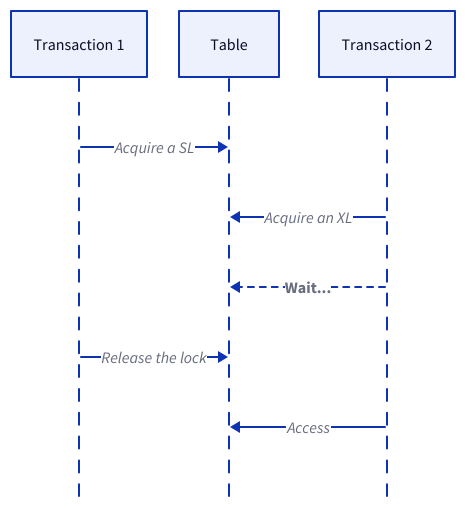
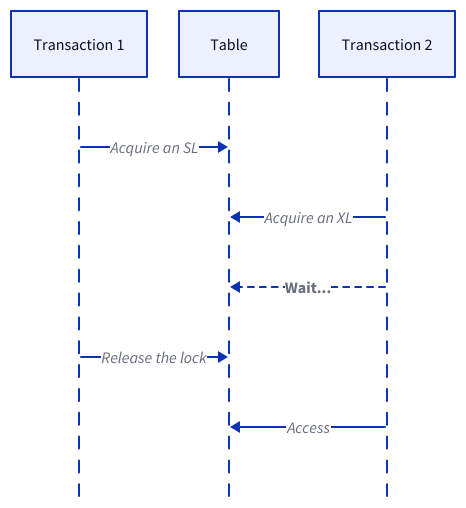
Diagram 15 of 23 in content/data-persistence/sql-database/concurrency-control.md (link1905/system-design-101), drawn with D2 before and after one commit. The commit also changed other lines of this file and 13 other files, not shown here.

````diff
--- a/content/data-persistence/sql-database/concurrency-control.md
+++ b/content/data-persistence/sql-database/concurrency-control.md
@@ -508,14 +507,14 @@
     ```d2
     shape: sequence_diagram
     t1: Transaction 1
     a: Table
-    t1 -> a: Acquire a SL
+    t1 -> a: Acquire an SL
     t2: Transaction 2
     t2 -> a: Acquire an XL
     t2 -> a: Wait... {
         style.bold: true
         style.stroke-dash: 3
     }
     t1 -> a: Release the lock
     t2 -> a: Access
     ```
````
